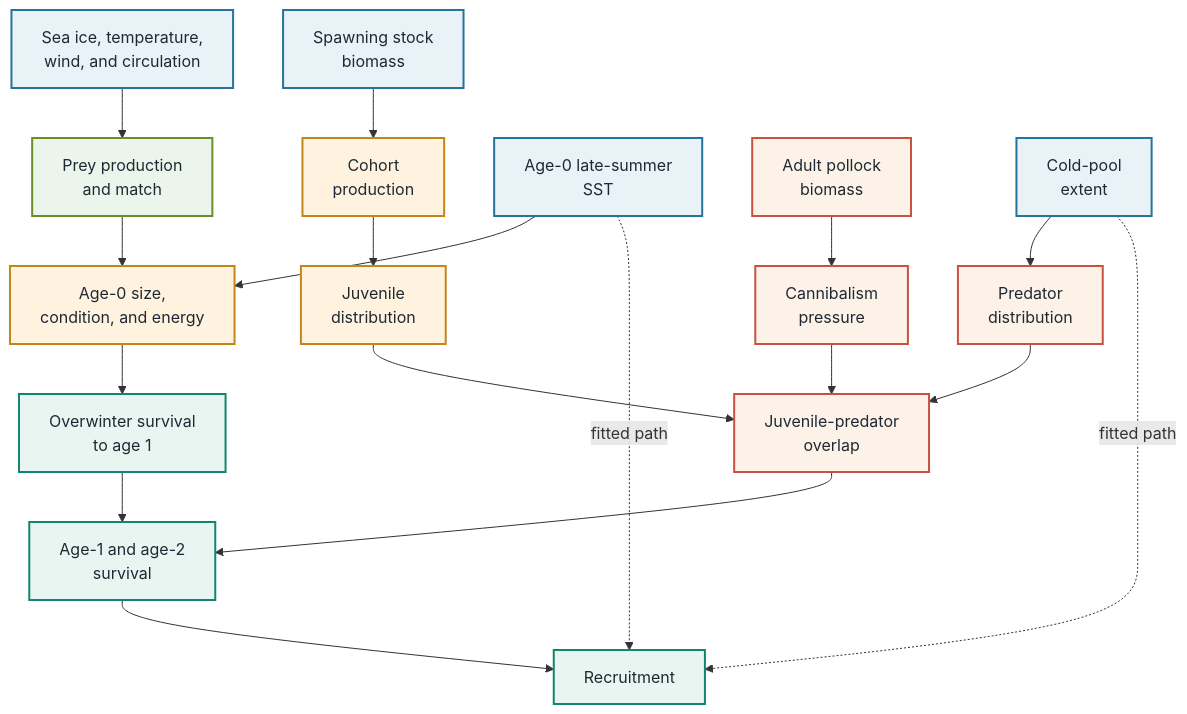
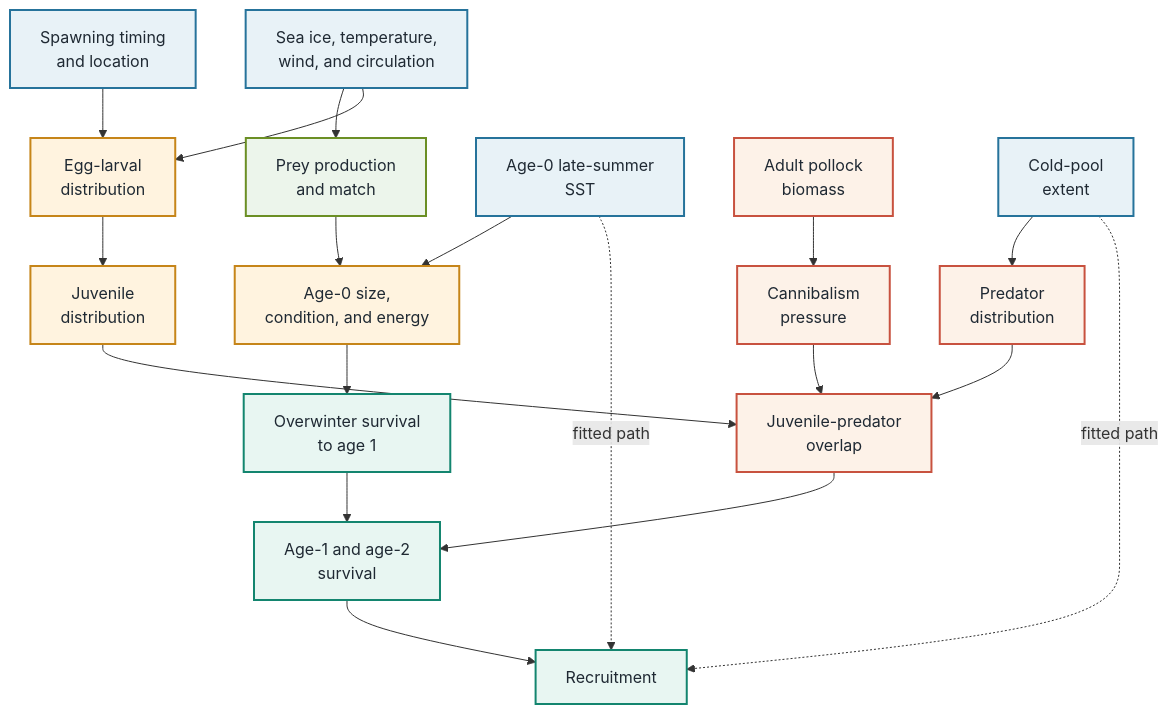
The first of 3 diagrams in docs/ebswp.qmd (jimianelli/rtmb_ebswp), drawn with Mermaid before and after one commit. The commit also changed other lines of this file and 57 other files, not shown here.

````diff
--- a/docs/ebswp.qmd
+++ b/docs/ebswp.qmd
@@ -1778,38 +1879,39 @@
 ```{mermaid}
 %%| label: fig-dsem-dag
 %%| fig-cap: "Compact conceptual directed acyclic graph for eastern Bering Sea pollock early survival. Solid arrows summarize broader mechanisms that motivate future covariates. Dashed arrows identify the two direct environmental effects estimated in the current DSEM proof of concept: age-0 late-summer SST and age-1-year cold-pool extent on age-1 recruitment."
-%%| fig-alt: "A compact directed graph links spawning biomass to cohort production; physical conditions to prey production, juvenile condition, and overwinter survival; and adult pollock biomass and cold-pool extent to predator overlap and juvenile survival. Solid arrows show conceptual mechanisms. Dashed arrows from late-summer sea surface temperature and cold-pool extent to age-1 recruitment show the two environmental effects fitted in the proof of concept."
+%%| fig-alt: "A compact directed graph links spawning timing and location plus physical transport to egg-larval distribution; physical conditions to prey production, juvenile condition, and overwinter survival; and adult pollock biomass and cold-pool extent to predator overlap and juvenile survival. Solid arrows show conceptual mechanisms. Dashed arrows from late-summer sea surface temperature and cold-pool extent to age-1 recruitment show the two environmental effects fitted in the proof of concept."
 %%| fig-width: 7.5
 %%| fig-pos: H
 flowchart TB
-  SSB["Spawning stock<br/>biomass"] --> COHORT["Cohort<br/>production"]
+  SPAWN["Spawning timing<br/>and location"] --> COHORT["Egg-larval<br/>distribution"]
   PHYS["Sea ice, temperature,<br/>wind, and circulation"] --> PREY["Prey production<br/>and match"]
+  PHYS --> COHORT
   SST["Age-0 late-summer<br/>SST"] --> CONDITION
   PREY --> CONDITION["Age-0 size,<br/>condition, and energy"]
   CONDITION --> WINTER["Overwinter survival<br/>to age 1"]
   COHORT --> JUV["Juvenile<br/>distribution"]
 
   ADULT["Adult pollock<br/>biomass"] --> CANN["Cannibalism<br/>pressure"]
   COLD["Cold-pool<br/>extent"] --> PREDIST["Predator<br/>distribution"]
   JUV --> OVERLAP["Juvenile-predator<br/>overlap"]
   CANN --> OVERLAP
   PREDIST --> OVERLAP
 
   WINTER --> SURV["Age-1 and age-2<br/>survival"]
   OVERLAP --> SURV
   SURV --> RECRUIT["Recruitment"]
 
   SST -. "fitted path" .-> RECRUIT
   COLD -. "fitted path" .-> RECRUIT
 
   classDef physical fill:#e8f2f7,stroke:#26739b,stroke-width:2px,color:#1f2933;
   classDef prey fill:#ecf5eb,stroke:#6b8f24,stroke-width:2px,color:#1f2933;
   classDef early fill:#fff3df,stroke:#c68519,stroke-width:2px,color:#1f2933;
   classDef predator fill:#fdf2e8,stroke:#c8523f,stroke-width:2px,color:#1f2933;
   classDef survival fill:#e8f6f2,stroke:#13856f,stroke-width:2px,color:#1f2933;
-  class SSB,PHYS,COLD,SST physical;
+  class SPAWN,PHYS,COLD,SST physical;
   class PREY prey;
   class COHORT,CONDITION,JUV early;
   class ADULT,CANN,PREDIST,OVERLAP predator;
   class WINTER,SURV,RECRUIT survival;
 ```
````
